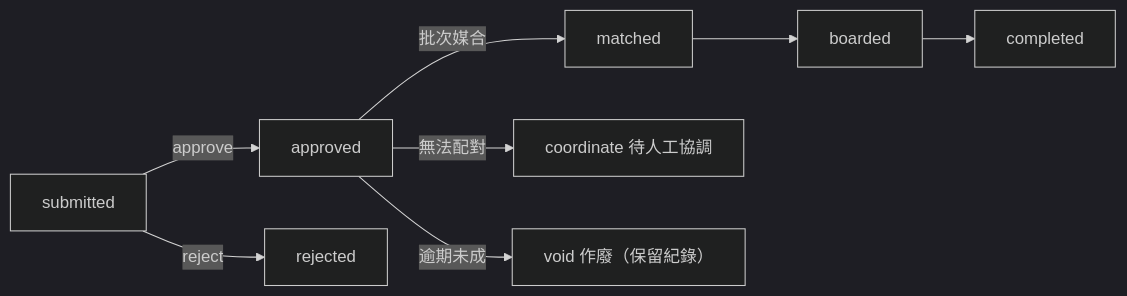
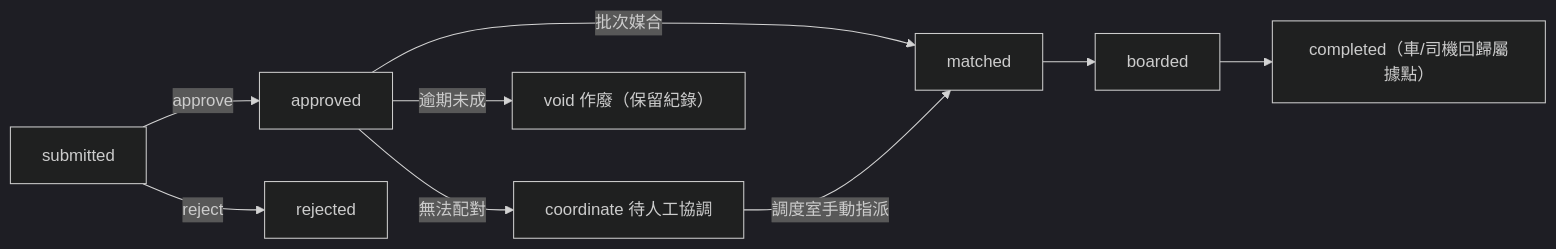
Before and after one commit to khcheng77/car-transport: the fifth of 6 diagrams in docs/LOGIC.md, drawn with Mermaid (dark theme). The commit also changed other lines of this file and 8 other files, not shown here.

````diff
--- a/docs/LOGIC.md
+++ b/docs/LOGIC.md
@@ -261,10 +307,11 @@
 ```mermaid
 flowchart LR
   c1["submitted"] -->|approve| c2["approved"]
   c1 -->|reject| cr["rejected"]
   c2 -->|批次媒合| c3["matched"]
   c2 -->|無法配對| cc["coordinate 待人工協調"]
   c2 -->|逾期未成| cv["void 作廢（保留紀錄）"]
+  cc -->|調度室手動指派| c3
   c3 --> c4["boarded"]
-  c4 --> c5["completed"]
+  c4 --> c5["completed（車/司機回歸屬據點）"]
 ```
````
